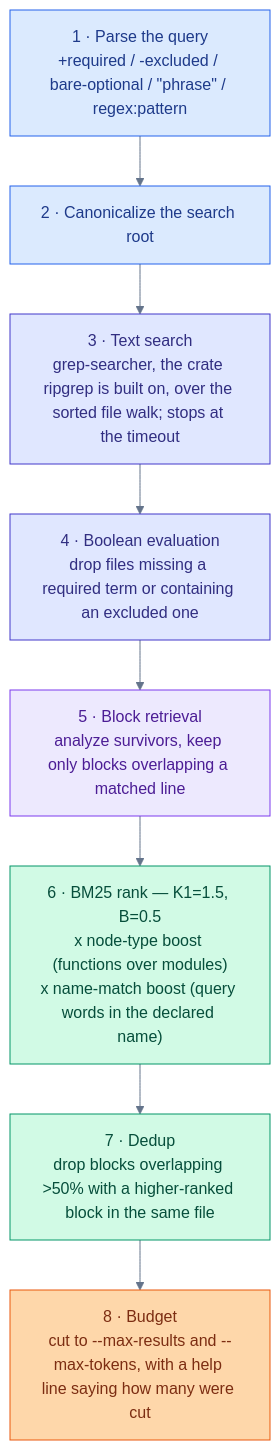
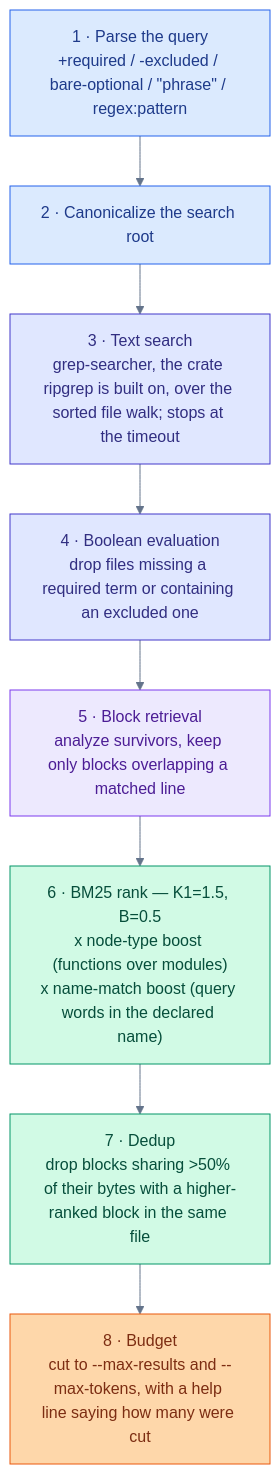
Before and after one commit to orin-dx/monokl: the diagram in ARCHITECTURE.md, drawn with Mermaid. The commit also changed 26 other files, not shown here.

````diff
--- a/ARCHITECTURE.md
+++ b/ARCHITECTURE.md
@@ -19,23 +19,23 @@
 ```mermaid
 %%{init: {'theme': 'base', 'themeVariables': {'lineColor': '#64748b', 'edgeLabelBackground': '#f8fafc', 'fontFamily': 'ui-sans-serif, system-ui, sans-serif'}}}%%
 flowchart TB
     S1["1 · Parse the query<br/>+required / -excluded / bare-optional / #quot;phrase#quot; / regex:pattern"]
     S2["2 · Canonicalize the search root"]
     S3["3 · Text search<br/>grep-searcher, the crate ripgrep is built on, over the sorted file walk; stops at the timeout"]
     S4["4 · Boolean evaluation<br/>drop files missing a required term or containing an excluded one"]
     S5["5 · Block retrieval<br/>analyze survivors, keep only blocks overlapping a matched line"]
     S6["6 · BM25 rank — K1=1.5, B=0.5<br/>x node-type boost (functions over modules)<br/>x name-match boost (query words in the declared name)"]
-    S7["7 · Dedup<br/>drop blocks overlapping &gt;50% with a higher-ranked block in the same file"]
+    S7["7 · Dedup<br/>drop blocks sharing &gt;50% of their bytes with a higher-ranked block in the same file"]
     S8["8 · Budget<br/>cut to --max-results and --max-tokens, with a help line saying how many were cut"]
 
     S1 --> S2 --> S3 --> S4 --> S5 --> S6 --> S7 --> S8
 
     style S1 fill:#dbeafe,stroke:#2563eb,color:#1e3a8a
     style S2 fill:#dbeafe,stroke:#2563eb,color:#1e3a8a
     style S3 fill:#e0e7ff,stroke:#4338ca,color:#312e81
     style S4 fill:#e0e7ff,stroke:#4338ca,color:#312e81
     style S5 fill:#ede9fe,stroke:#7c3aed,color:#4c1d95
     style S6 fill:#d1fae5,stroke:#059669,color:#064e3b
     style S7 fill:#d1fae5,stroke:#059669,color:#064e3b
     style S8 fill:#fed7aa,stroke:#ea580c,color:#7c2d12
 ```
````
